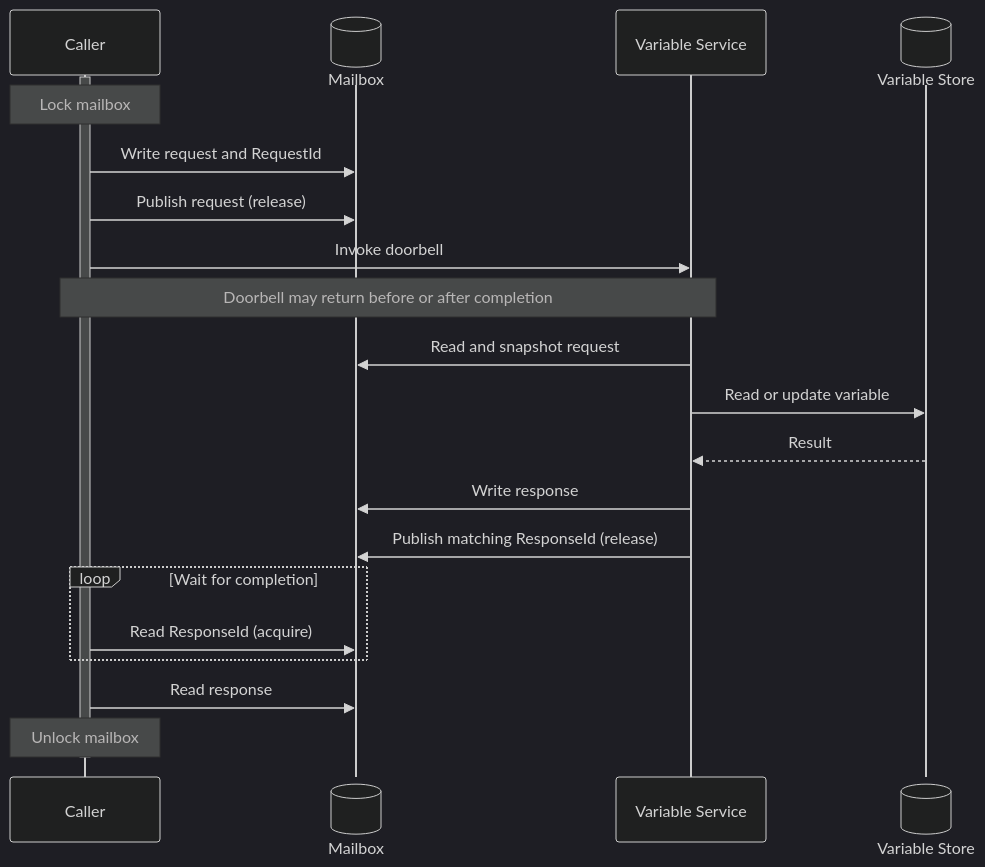
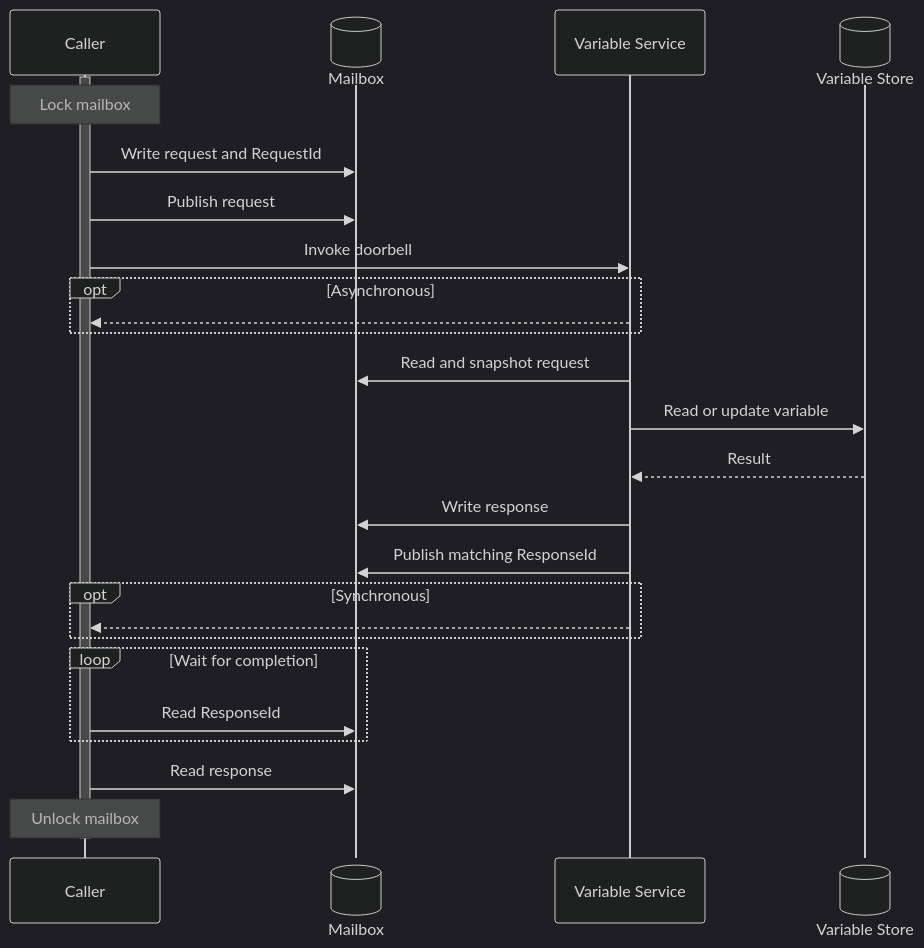
The fourth of 5 diagrams in rfc/text/0000-direct-runtime-variable-services.md (cfernald/tianocore-wiki.github.io), drawn with Mermaid (dark theme) before and after one commit. The commit also changed other lines of this file, not shown here.

````diff
--- a/rfc/text/0000-direct-runtime-variable-services.md
+++ b/rfc/text/0000-direct-runtime-variable-services.md
@@ -507,25 +509,30 @@
 ```mermaid
 sequenceDiagram
 participant OS as Caller
 participant MB@{ "type" : "database" } as Mailbox
 participant VS as Variable Service
 participant Store@{ "type" : "database" } as Variable Store
 
 activate OS
 note over OS: Lock mailbox
 OS ->> MB: Write request and RequestId
-OS ->> MB: Publish request (release)
+OS ->> MB: Publish request
 OS ->> VS: Invoke doorbell
-Note over OS,VS: Doorbell may return before or after completion
+opt Asynchronous
+    VS -->> OS:
+end
 VS ->> MB: Read and snapshot request
 VS ->> Store: Read or update variable
 Store -->> VS: Result
 VS ->> MB: Write response
-VS ->> MB: Publish matching ResponseId (release)
+VS ->> MB: Publish matching ResponseId
+opt Synchronous
+    VS -->> OS:
+end
 loop Wait for completion
-    OS ->> MB: Read ResponseId (acquire)
+    OS ->> MB: Read ResponseId
 end
 OS ->> MB: Read response
 note over OS: Unlock mailbox
 deactivate OS
 ```
````
